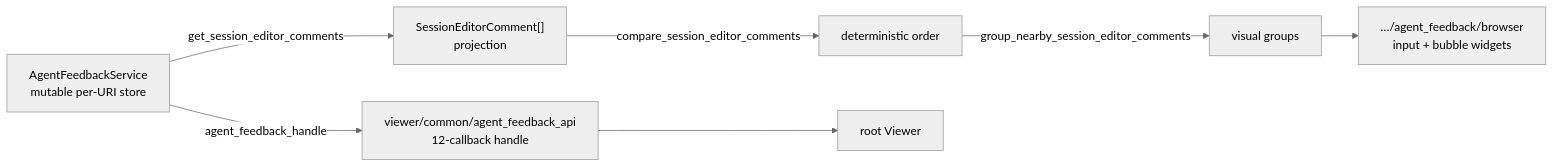
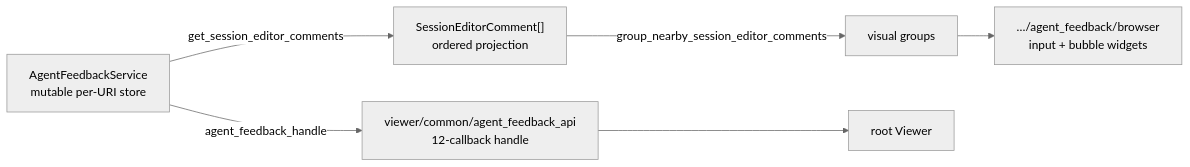
Before and after one commit to moonbitlang/editor: the diagram in internal/viewer/contrib/agent_feedback/README.mbt.md, drawn with Mermaid (neutral theme). The commit also changed other lines of this file and 10 other files, not shown here.

````diff
--- a/internal/viewer/contrib/agent_feedback/README.mbt.md
+++ b/internal/viewer/contrib/agent_feedback/README.mbt.md
@@ -7,9 +7,8 @@
 ```mermaid
 flowchart LR
   S["AgentFeedbackService<br>mutable per-URI store"] -->|agent_feedback_handle| API["viewer/common/agent_feedback_api<br>12-callback handle"]
-  S -->|get_session_editor_comments| P["SessionEditorComment[]<br>projection"]
-  P -->|compare_session_editor_comments| O["deterministic order"]
-  O -->|group_nearby_session_editor_comments| G["visual groups"]
+  S -->|get_session_editor_comments| P["SessionEditorComment[]<br>ordered projection"]
+  P -->|group_nearby_session_editor_comments| G["visual groups"]
   API --> V["root Viewer"]
   G --> B["…/agent_feedback/browser<br>input + bubble widgets"]
 ```
````
